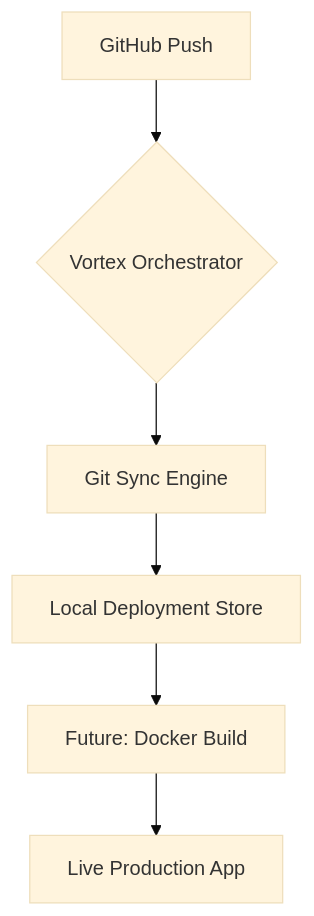
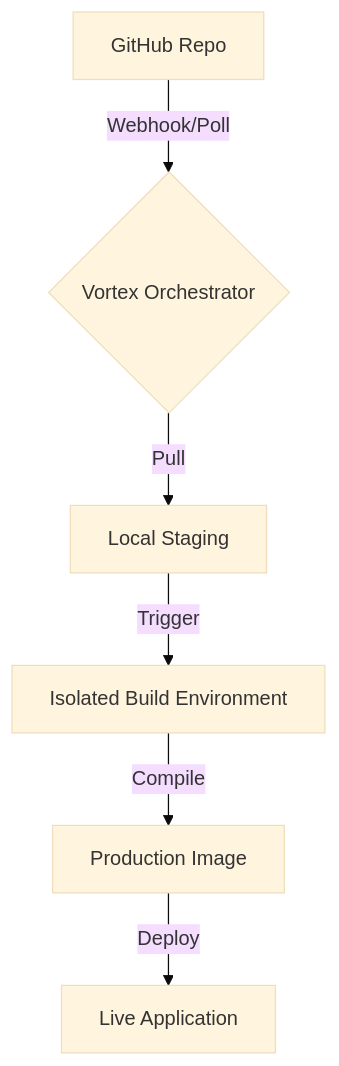
The diagram in README.md (kamalesh4044/vortex-deploy), drawn with Mermaid (base theme) before and after one commit. The commit also changed other lines of this file and 1 other file, not shown here.

Commit message:
Upgrade: Ultra-Pro README and Build Orchestrator

````diff
--- a/README.md
+++ b/README.md
@@ -28,8 +37,8 @@
 ```mermaid
 graph TD
-    A[GitHub Push] --> B{Vortex Orchestrator}
-    B --> C[Git Sync Engine]
-    C --> D[Local Deployment Store]
-    D --> E[Future: Docker Build]
-    E --> F[Live Production App]
+    A[GitHub Repo] -- Webhook/Poll --> B{Vortex Orchestrator}
+    B -- Pull --> C[Local Staging]
+    C -- Trigger --> D[Isolated Build Environment]
+    D -- Compile --> E[Production Image]
+    E -- Deploy --> F[Live Application]
 ```
````
